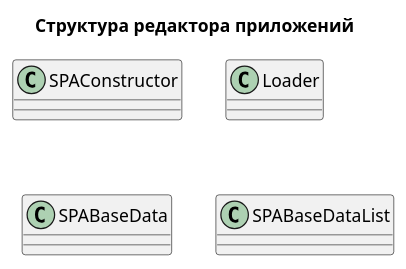
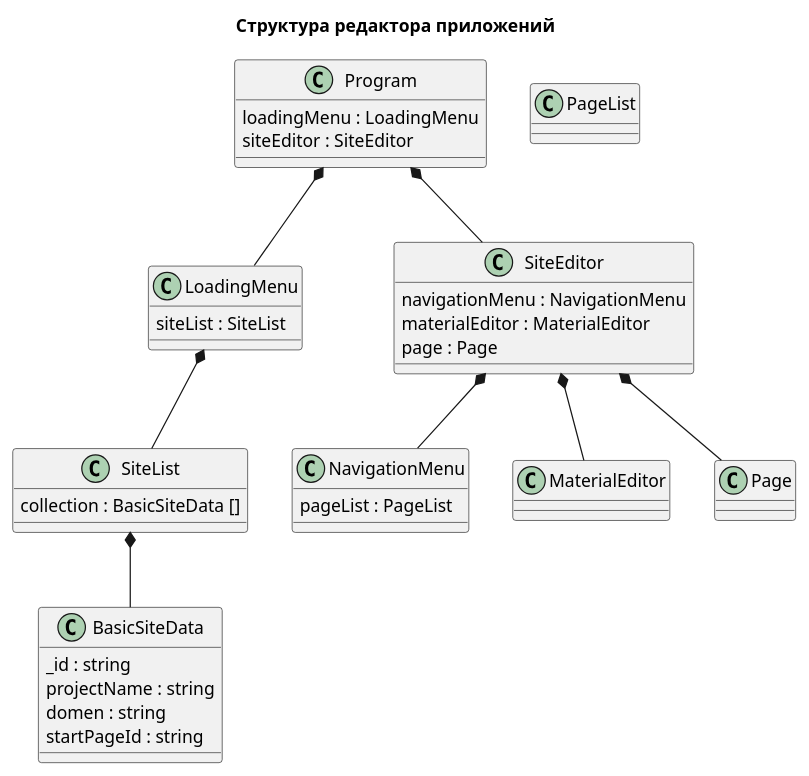
One commit to NikolayDemchenko/ReactTest changed the diagram in client/src/Types/Structure/NewStructure/appStructure.puml. Above: the diagram before and after it, drawn with PlantUML. The commit also changed 1 other file, not shown here.

```diff
--- a/client/src/Types/Structure/NewStructure/appStructure.puml
+++ b/client/src/Types/Structure/NewStructure/appStructure.puml
@@ -1,124 +1,156 @@
 @startuml
 title Структура редактора приложений
 
-' Запускается SPAConstructor
-class "SPAConstructor" as SPAConstructor{    
+
+class "Program" as Program{  
+    loadingMenu : LoadingMenu
+    siteEditor : SiteEditor
 }
-' Loader загружает список основных данных приложений
-' Loader содержит 
-class "Loader" as Loader{        
+Program *-- LoadingMenu
+Program *-- SiteEditor
+
+class "LoadingMenu" as LoadingMenu { 
+    siteList : SiteList       
 }
-class "SPABaseData" as SPABaseData{    
+LoadingMenu *-- SiteList
+
+class "SiteList" as SiteList{
+    collection : BasicSiteData []   
 }
-class "SPABaseDataList" as SPABaseDataList{    
+SiteList *-- BasicSiteData
+
+class "BasicSiteData" as BasicSiteData{
+    _id : string   
+    projectName : string   
+    domen : string   
+    startPageId : string   
+}
+
+class "SiteEditor" as SiteEditor{
+        navigationMenu : NavigationMenu
+        materialEditor : MaterialEditor
+        page : Page
+}
+SiteEditor *-- NavigationMenu
+SiteEditor *-- MaterialEditor
+SiteEditor *-- Page
+
+class "NavigationMenu" as NavigationMenu{ 
+      pageList : PageList
+}
+class "PageList" as PageList{    
+}
+class "MaterialEditor" as MaterialEditor{    
+}
+class "Page" as Page{    
 }
 
 
 ' interface "ICollection<T>" as ICollection {    
 ' collection: any
 ' add(element:T )
 ' remove( element: T)
 ' }
 ' interface "IData" as IData{    
 '     setData() 
 '     getData()
 ' }
 ' interface "IRender" as IRender{ 
 '     render()  
 ' }
 
 ' ' Генератор модели
 ' class "ModelCreator" as ModelCreator{
 '     element:MyReactElement
 '     render(...children)
     
 ' }
 ' ' Базовый компонент
 ' class "MyBaseComponent" as MyBaseComponent{
 '     element:MyReactElement
 '     render(...children)
     
 ' }
 ' MyBaseComponent *-l- MyReactElement
 ' ' Элемент
 ' class "MyReactElement" as MyReactElement{
 '     _id:string
 '     tag:string
 '     props:MyObject  
 '     setData( tag:string , props: MyObject )
 '     getData()
     
 ' }
 ' MyReactElement *-l- MyObject
 ' MyReactElement .r.|> IData
 
 
 ' ' Объект
 ' class "MyObject" as MyObject{
 
 '     collection:{ [ key: string ] :any }
 '     add(  key: string , value :any )
 '     remove(  key: string )   
 '     setData( collection:{ [ key: string ] :any } )
 '     getData() 
 ' }
 ' MyObject .l.|> IData
 ' MyObject .u.|> ICollection
 
 ' ' Инпут
 ' class "MyInput" as MyInput{  
 '     type: string
 '     setData( type: string )
 '     getData()
 '     render()
 ' }
 ' ' Кнопка
 ' class "MyButton" as MyButton{  
 '     title: string
 '     setData( title: string )
 '     getData()
 '     render()
 ' }
 ' ' Текст
 ' class "MyText" as MyText{  
 '     text: string
 '     setData( text: string )
 '     getData()
 '     render()
 ' }
 ' MyText .l.|> IData
 ' MyText ..|> IRender
 ' MyText --|> MyBaseComponent
 
 ' ' Переменная
 ' class "MyVariable" as MyVariable{   
 '     key: MyText
 '     value: MyText | MyArray
 '     setData( name: MyText, value: MyText | MyArray )
 '     getData()
 '     render()
 ' }
 ' MyVariable *-- MyText
 ' MyVariable ..|> IData
 ' MyVariable ..|> IRender
 ' MyVariable --|> MyBaseComponent
 
 
 ' ' Массив
 ' class "MyArray" as MyArray{
 ' collection: { MyText | MyVariable | MyArray}[]
 ' add( element: MyText | MyVariable | MyArray)
 ' remove( element: MyText | MyVariable | MyArray)
 ' setData( array: { MyText | MyVariable | MyArray}[] )
 ' getData()
 ' render()
 ' }
 ' MyArray ..|> ICollection
 ' MyArray ..|> IData
 ' MyArray ..|> IRender
 ' MyArray o-- MyArray
 ' MyArray o-l- MyVariable
 ' MyArray o-- MyText
 ' MyArray --|> MyBaseComponent
 
 @enduml
```
